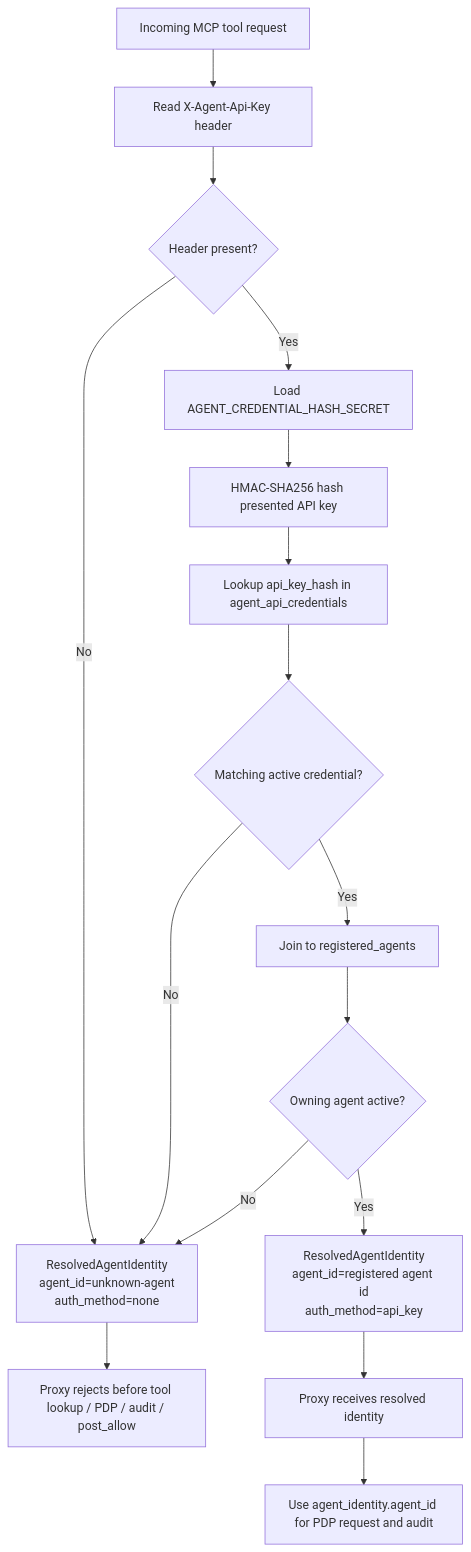
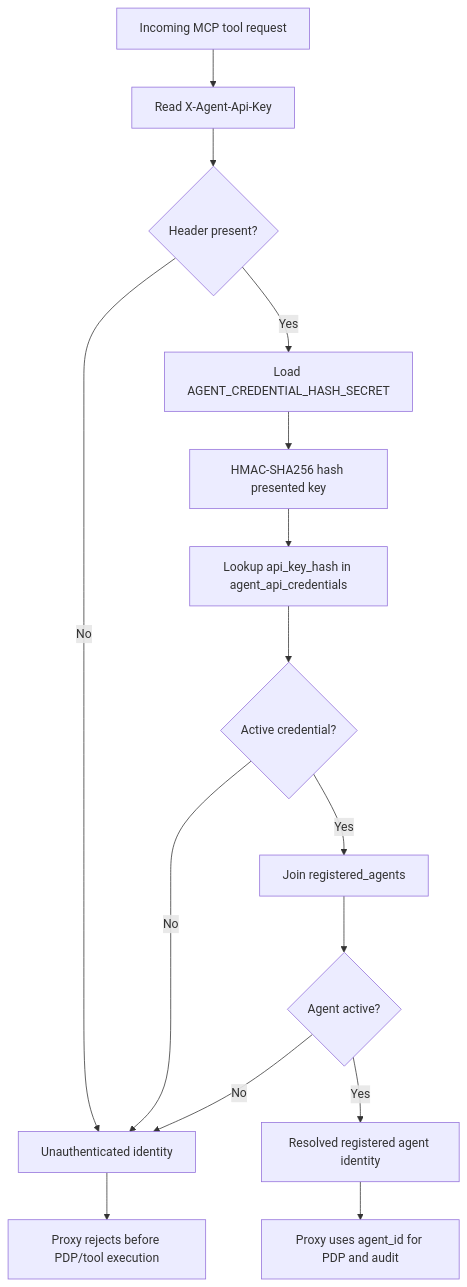
Before and after one commit to keithataylor/aws-python-service-platform: the second of 2 diagrams in README.md, drawn with Mermaid. The commit also changed other lines of this file and 2 other files, not shown here.

````diff
--- a/README.md
+++ b/README.md
@@ -147,22 +169,21 @@
 ```mermaid
 flowchart TD
-    A[Incoming MCP tool request] --> B[Read X-Agent-Api-Key header]
+    A[Incoming MCP tool request] --> B[Read X-Agent-Api-Key]
     B --> C{Header present?}
 
-    C -- No --> D[ResolvedAgentIdentity<br/>agent_id=unknown-agent<br/>auth_method=none]
+    C -- No --> D[Unauthenticated identity]
     C -- Yes --> E[Load AGENT_CREDENTIAL_HASH_SECRET]
-    E --> F[HMAC-SHA256 hash presented API key]
+    E --> F[HMAC-SHA256 hash presented key]
     F --> G[Lookup api_key_hash in agent_api_credentials]
 
-    G --> H{Matching active credential?}
+    G --> H{Active credential?}
     H -- No --> D
-    H -- Yes --> I[Join to registered_agents]
+    H -- Yes --> I[Join registered_agents]
 
-    I --> J{Owning agent active?}
+    I --> J{Agent active?}
     J -- No --> D
-    J -- Yes --> K[ResolvedAgentIdentity<br/>agent_id=registered agent id<br/>auth_method=api_key]
+    J -- Yes --> K[Resolved registered agent identity]
 
-    D --> L[Proxy rejects before tool lookup / PDP / audit / post_allow]
-    K --> M[Proxy receives resolved identity]
-    M --> N[Use agent_identity.agent_id for PDP request and audit]
+    D --> L[Proxy rejects before PDP/tool execution]
+    K --> M[Proxy uses agent_id for PDP and audit]
 ```
````
